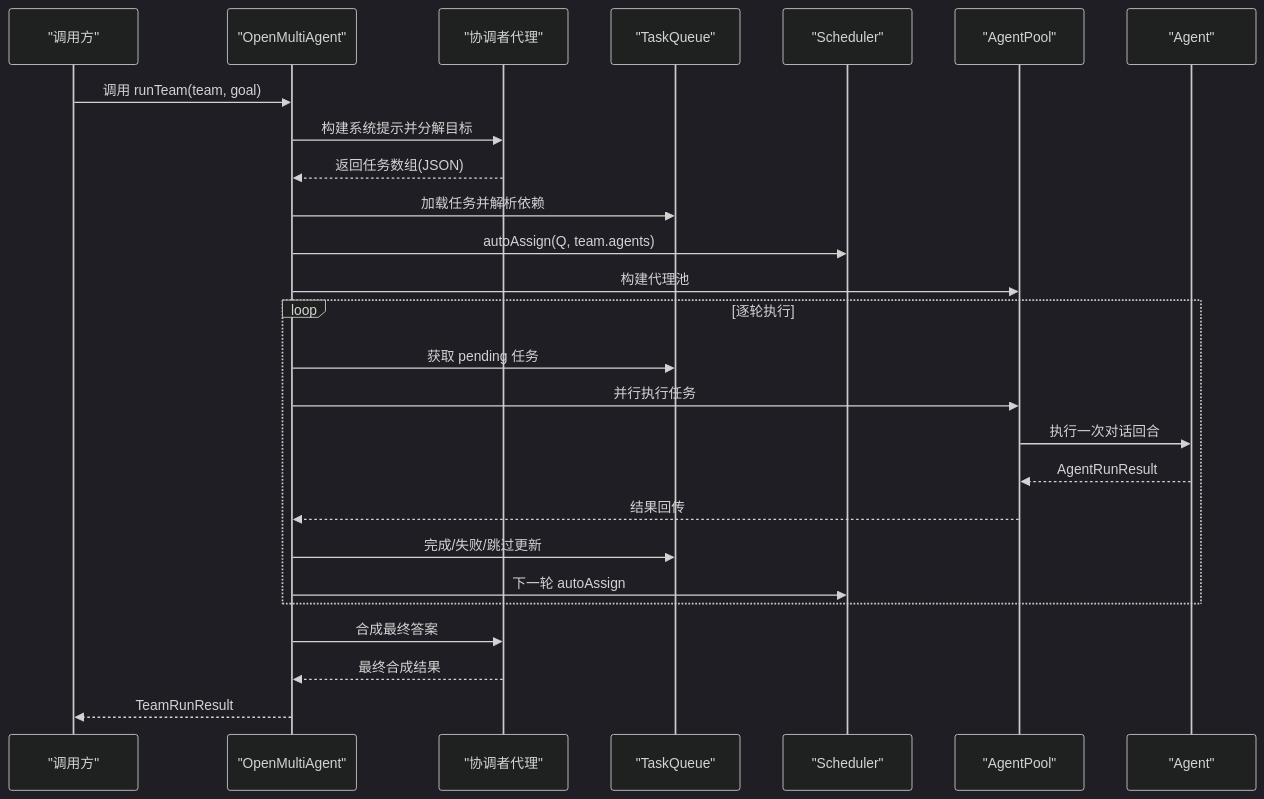
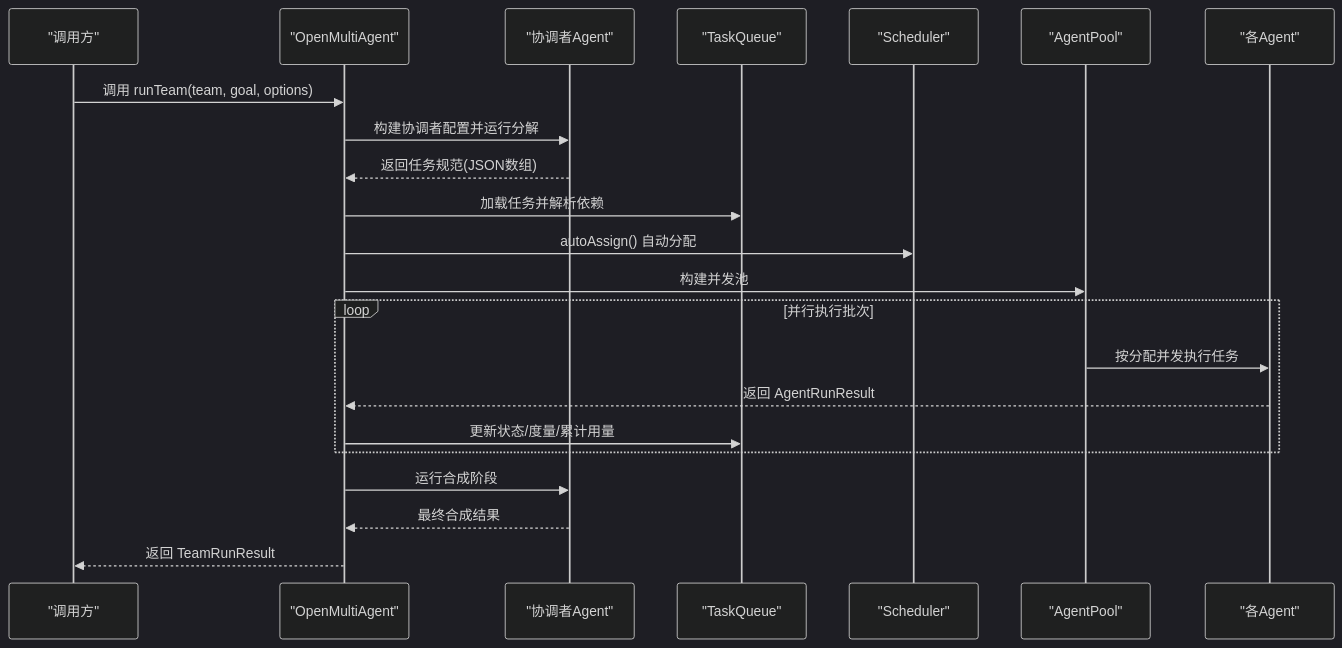
One commit to haolange/open-multi-agent changed the second of 4 diagrams in .qoder/repowiki/zh/content/API 参考/编排器 API.md. Above: the diagram before and after it, drawn with Mermaid (dark theme). The commit also changed other lines of this file and 100 other files, not shown here.

````diff
--- a/.qoder/repowiki/zh/content/API 参考/编排器 API.md
+++ b/.qoder/repowiki/zh/content/API 参考/编排器 API.md
@@ -83,28 +79,24 @@
 ```mermaid
 sequenceDiagram
 participant U as "调用方"
 participant OM as "OpenMultiAgent"
-participant C as "协调者代理"
+participant CO as "协调者Agent"
 participant Q as "TaskQueue"
-participant S as "Scheduler"
-participant P as "AgentPool"
-participant A as "Agent"
-U->>OM : 调用 runTeam(team, goal)
-OM->>C : 构建系统提示并分解目标
-C-->>OM : 返回任务数组(JSON)
+participant SCH as "Scheduler"
+participant PO as "AgentPool"
+participant AG as "各Agent"
+U->>OM : 调用 runTeam(team, goal, options)
+OM->>CO : 构建协调者配置并运行分解
+CO-->>OM : 返回任务规范(JSON数组)
 OM->>Q : 加载任务并解析依赖
-OM->>S : autoAssign(Q, team.agents)
-OM->>P : 构建代理池
-loop 逐轮执行
-OM->>Q : 获取 pending 任务
-OM->>P : 并行执行任务
-P->>A : 执行一次对话回合
-A-->>P : AgentRunResult
-P-->>OM : 结果回传
-OM->>Q : 完成/失败/跳过更新
-OM->>S : 下一轮 autoAssign
+OM->>SCH : autoAssign() 自动分配
+OM->>PO : 构建并发池
+loop 并行执行批次
+PO->>AG : 按分配并发执行任务
+AG-->>OM : 返回 AgentRunResult
+OM->>Q : 更新状态/度量/累计用量
 end
-OM->>C : 合成最终答案
-C-->>OM : 最终合成结果
-OM-->>U : TeamRunResult
+OM->>CO : 运行合成阶段
+CO-->>OM : 最终合成结果
+OM-->>U : 返回 TeamRunResult
 ```
````
